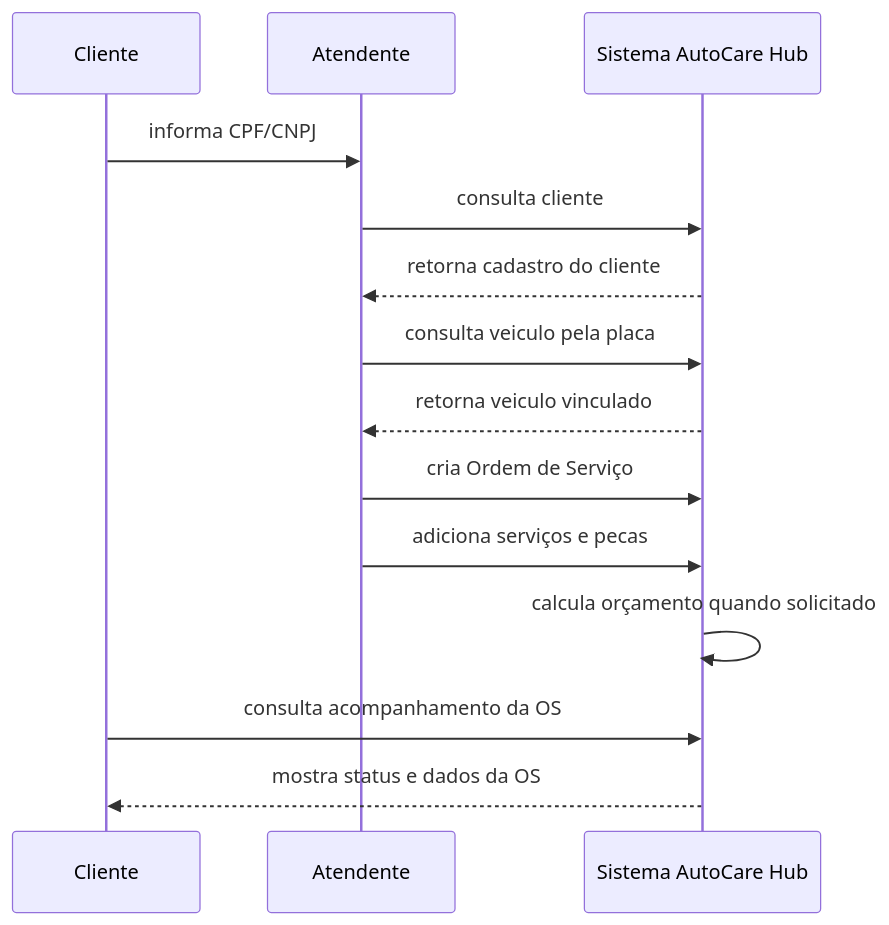
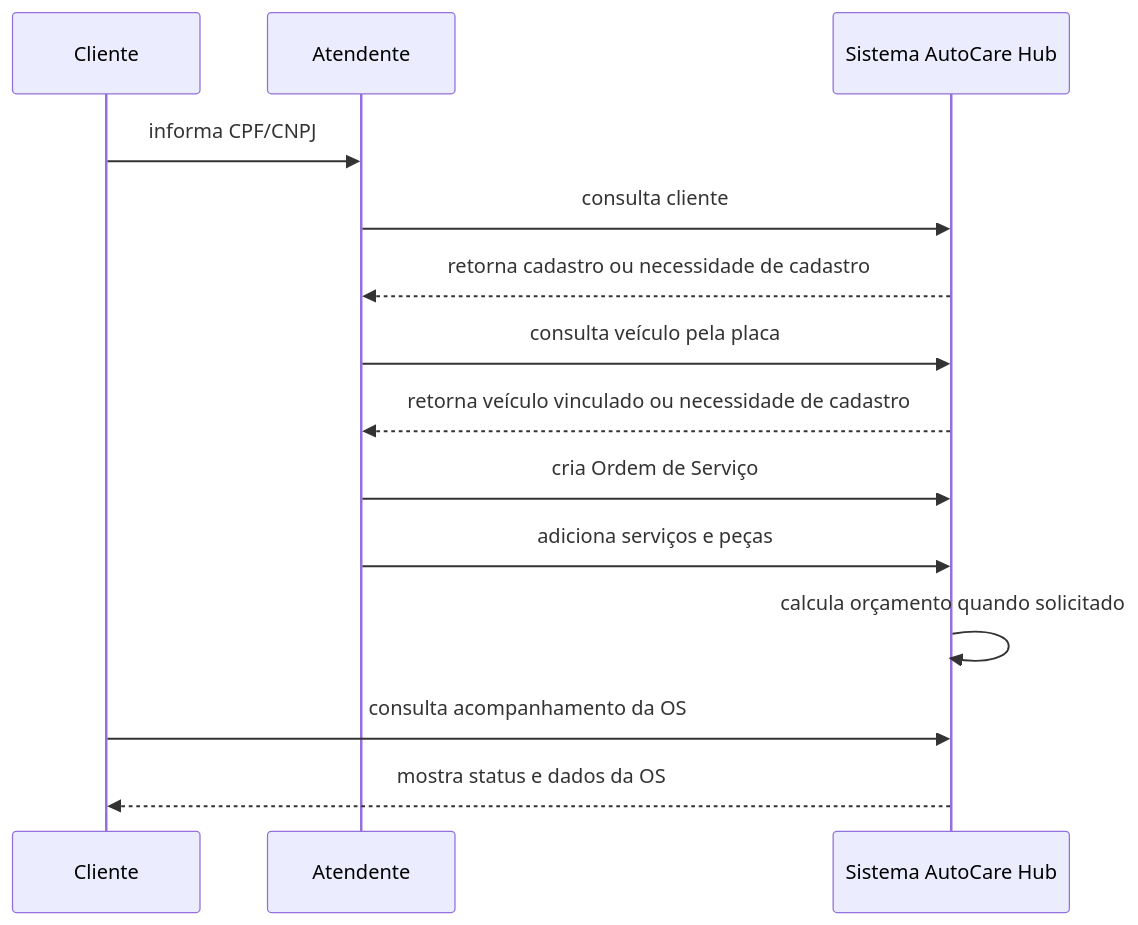
The first of 4 diagrams in docs/DOMAIN_STORYTELLING.md (yxsbx/SOAT-FIAP), drawn with Mermaid before and after one commit. The commit also changed other lines of this file and 13 other files, not shown here.

````diff
--- a/docs/DOMAIN_STORYTELLING.md
+++ b/docs/DOMAIN_STORYTELLING.md
@@ -103,17 +106,17 @@
 ```mermaid
 sequenceDiagram
     participant Cliente
     participant Atendente
     participant Sistema as Sistema AutoCare Hub
 
     Cliente->>Atendente: informa CPF/CNPJ
     Atendente->>Sistema: consulta cliente
-    Sistema-->>Atendente: retorna cadastro do cliente
-    Atendente->>Sistema: consulta veiculo pela placa
-    Sistema-->>Atendente: retorna veiculo vinculado
+    Sistema-->>Atendente: retorna cadastro ou necessidade de cadastro
+    Atendente->>Sistema: consulta veículo pela placa
+    Sistema-->>Atendente: retorna veículo vinculado ou necessidade de cadastro
     Atendente->>Sistema: cria Ordem de Serviço
-    Atendente->>Sistema: adiciona serviços e pecas
+    Atendente->>Sistema: adiciona serviços e peças
     Sistema->>Sistema: calcula orçamento quando solicitado
     Cliente->>Sistema: consulta acompanhamento da OS
     Sistema-->>Cliente: mostra status e dados da OS
 ```
````
